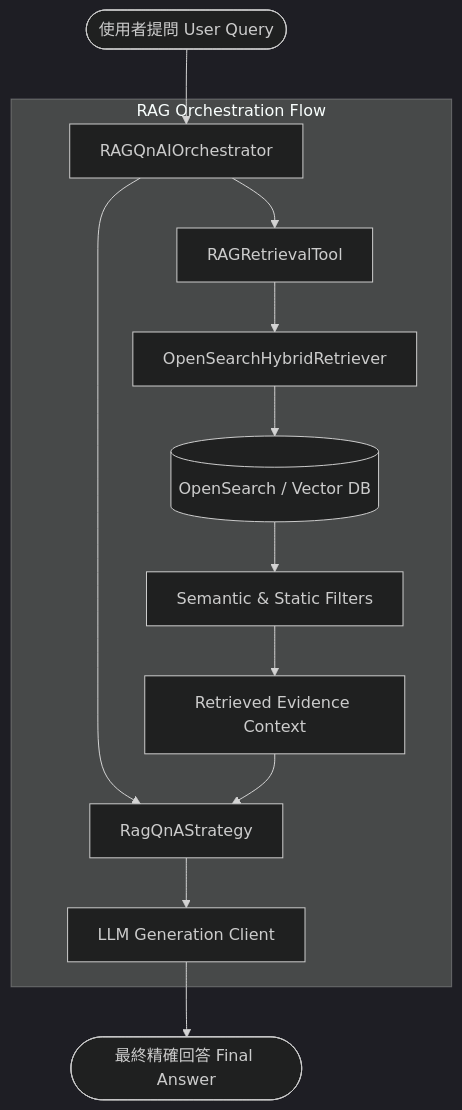
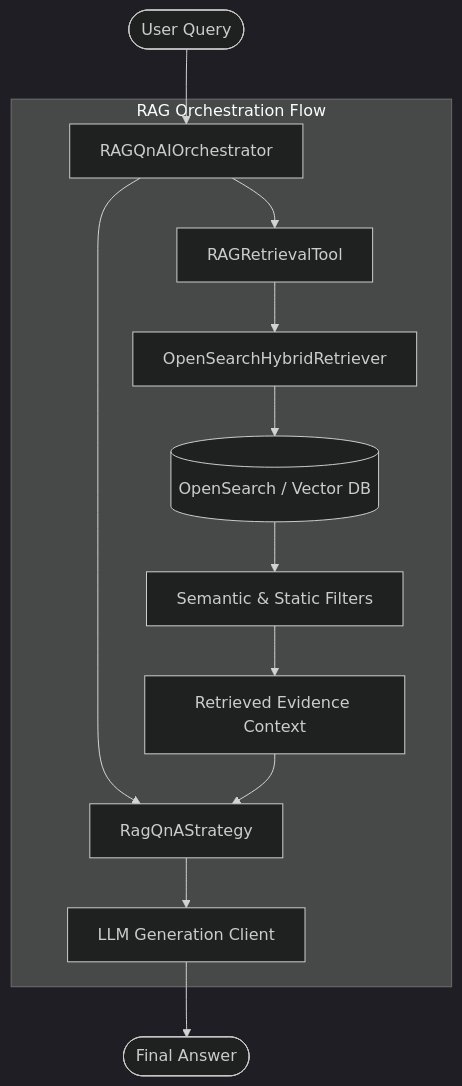
One commit to solarfresh/Auraflux-Core changed the diagram in manual/examples/rag/rag-orchestrator-example.md. Above: the diagram before and after it, drawn with Mermaid (dark theme). The commit also changed other lines of this file, not shown here.

First line of the commit message:
docs(manual): internationalize RAG orchestrator example into English

````diff
--- a/manual/examples/rag/rag-orchestrator-example.md
+++ b/manual/examples/rag/rag-orchestrator-example.md
@@ -23,19 +23,19 @@
 ```mermaid
 graph TD
-    User([使用者提問 User Query]) --> Orchestrator[RAGQnAIOrchestrator]
+    User([User Query]) --> Orchestrator[RAGQnAIOrchestrator]
 
     subgraph RAG Orchestration Flow
         Orchestrator --> Tool[RAGRetrievalTool]
         Tool --> HybridRetriever[OpenSearchHybridRetriever]
         HybridRetriever --> OpenSearch[(OpenSearch / Vector DB)]
 
         OpenSearch --> Filter[Semantic & Static Filters]
         Filter --> Context[Retrieved Evidence Context]
 
         Orchestrator --> Strategy[RagQnAStrategy]
         Context --> Strategy
         Strategy --> LLM[LLM Generation Client]
     end
 
-    LLM --> FinalAnswer([最終精確回答 Final Answer])
+    LLM --> FinalAnswer([Final Answer])
 ```
````
